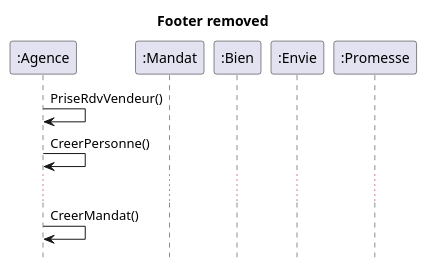
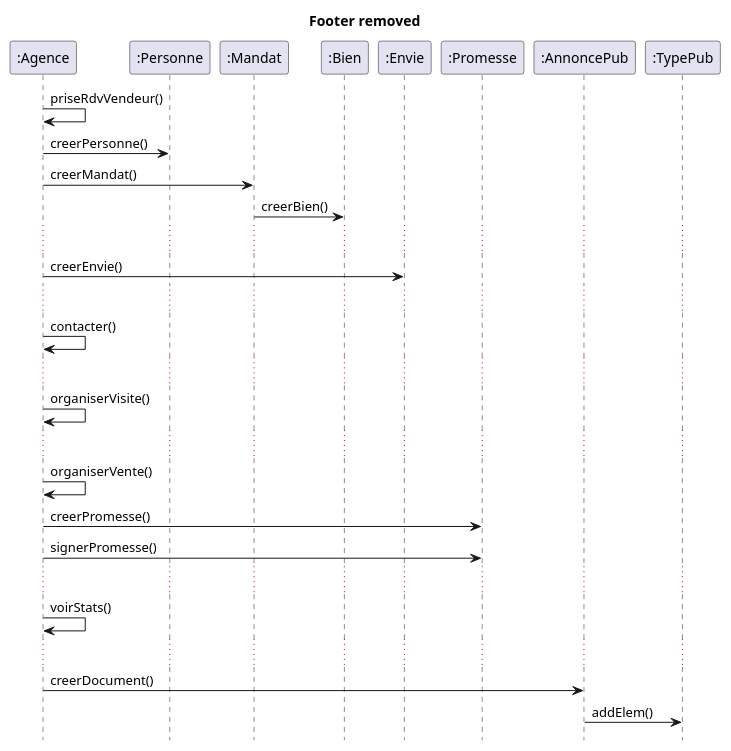
Before and after one commit to DenisGuiraudet/MIASHS_UML_PTUT: the diagram in DOC/UML/diagSequence.plantuml, drawn with PlantUML. The commit also changed 4 other files, not shown here.

```diff
--- a/DOC/UML/diagSequence.plantuml
+++ b/DOC/UML/diagSequence.plantuml
@@ -2,19 +2,47 @@
 @startuml
 
 hide footbox
 title Footer removed
 
 participant ":Agence" As A
+participant ":Personne" As Per
 participant ":Mandat" As M
 participant ":Bien" As B
 participant ":Envie" As E
 participant ":Promesse" As Pro
+participant ":AnnoncePub" As AP
+participant ":TypePub" As TP
 
-A -> A : PriseRdvVendeur()
-A -> A : CreerPersonne()
+A -> A : priseRdvVendeur()
+A -> Per : creerPersonne()
+A -> M : creerMandat()
+M -> B : creerBien()
 
 ...
 
-A -> A : CreerMandat()
+A -> E : creerEnvie()
+
+...
+
+A -> A : contacter()
+
+...
+
+A -> A : organiserVisite()
+
+...
+
+A -> A : organiserVente()
+A -> Pro : creerPromesse()
+A -> Pro : signerPromesse()
+
+...
+
+A -> A : voirStats()
+
+...
+
+A -> AP : creerDocument()
+AP -> TP : addElem()
 
 @enduml
```
